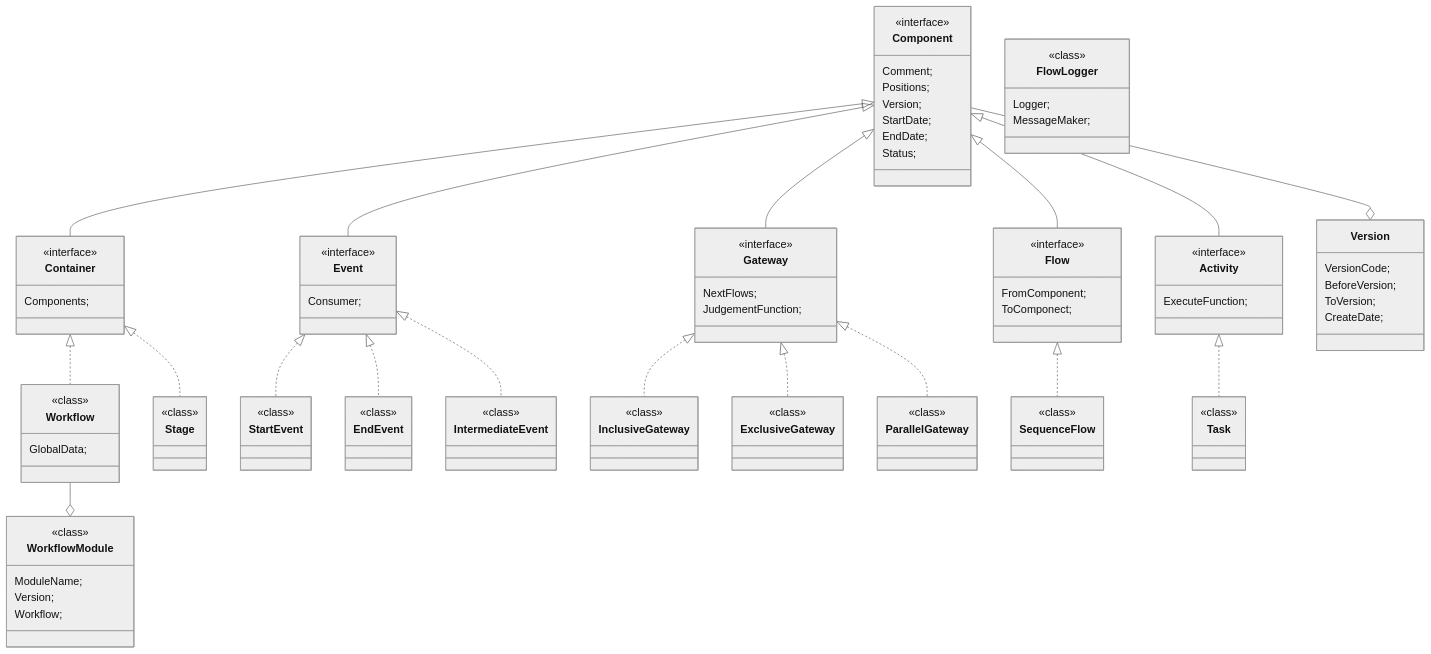
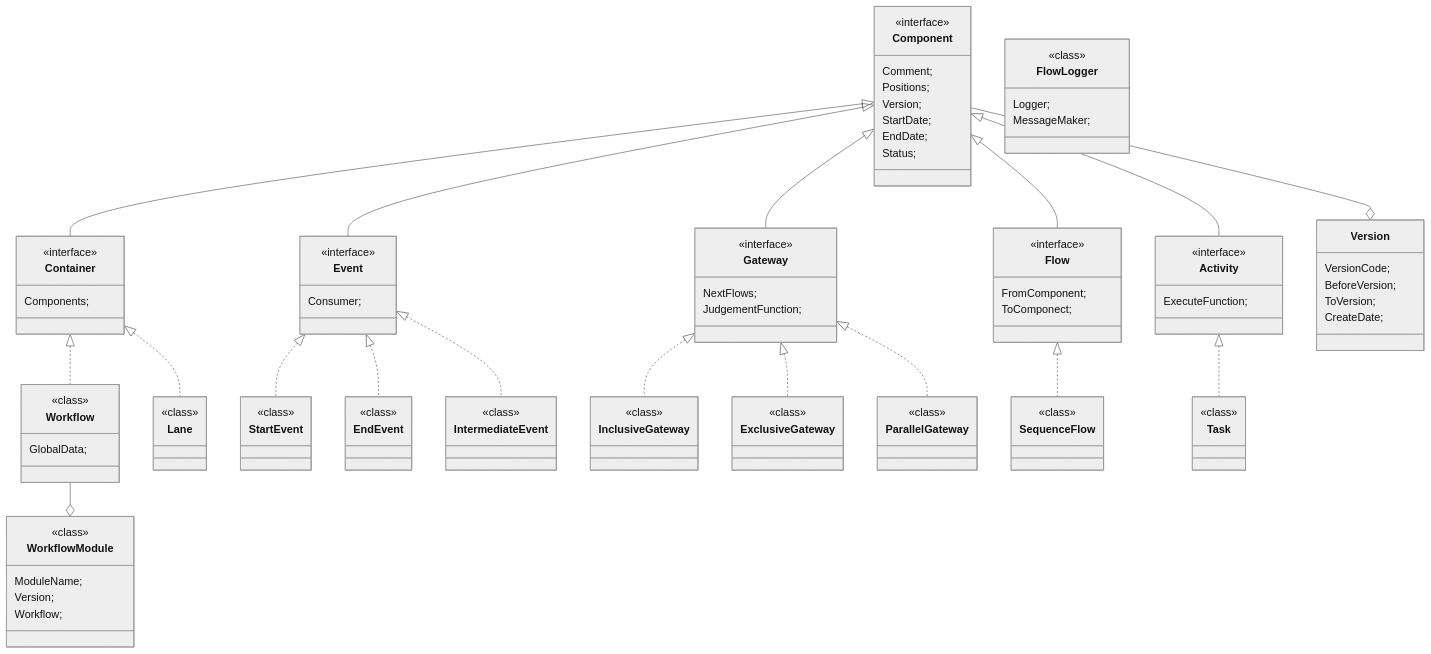
The diagram in doc/LeanEngineWorkflowProtocolV0_2.md (OneTeam-Lean/LeanEngine), drawn with Mermaid (neutral theme) before and after one commit. The commit also changed other lines of this file, not shown here.

Commit message:
[Chore]: update workflowProtocol.md and update test prepare data..

```diff
--- a/doc/LeanEngineWorkflowProtocolV0_2.md
+++ b/doc/LeanEngineWorkflowProtocolV0_2.md
@@ -258,7 +258,7 @@
     Component --o  Version
 
     Container <|.. Workflow
-    Container <|.. Stage
+    Container <|.. Lane
 
     Workflow  --o  WorkflowModule
 
@@ -318,7 +318,7 @@
         <<class>>
         GlobalData;
     }
-    class Stage{
+    class Lane{
         <<class>>
     }
     class WorkflowModule{
```
